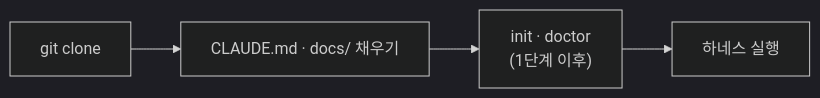
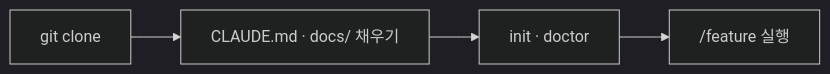
Before and after one commit to hyuham1335-stack/banana-island-ops: the second of 2 diagrams in docs/harness/ROADMAP.md, drawn with Mermaid (dark theme). The commit also changed other lines of this file and 21 other files, not shown here.

````diff
--- a/docs/harness/ROADMAP.md
+++ b/docs/harness/ROADMAP.md
@@ -115,6 +104,6 @@
 ```mermaid
 flowchart LR
     C["git clone"] --> D["CLAUDE.md · docs/ 채우기"]
-    D --> I["init · doctor<br/>(1단계 이후)"]
-    I --> R["하네스 실행"]
+    D --> I["init · doctor"]
+    I --> R["/feature 실행"]
 ```
````
